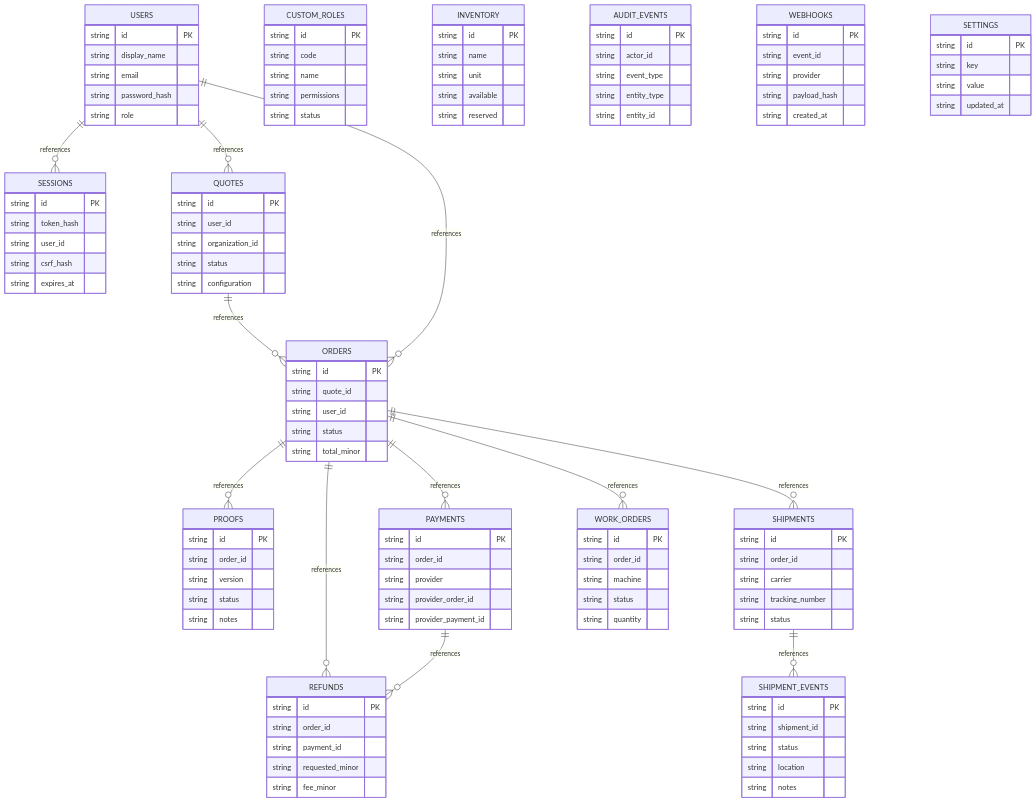
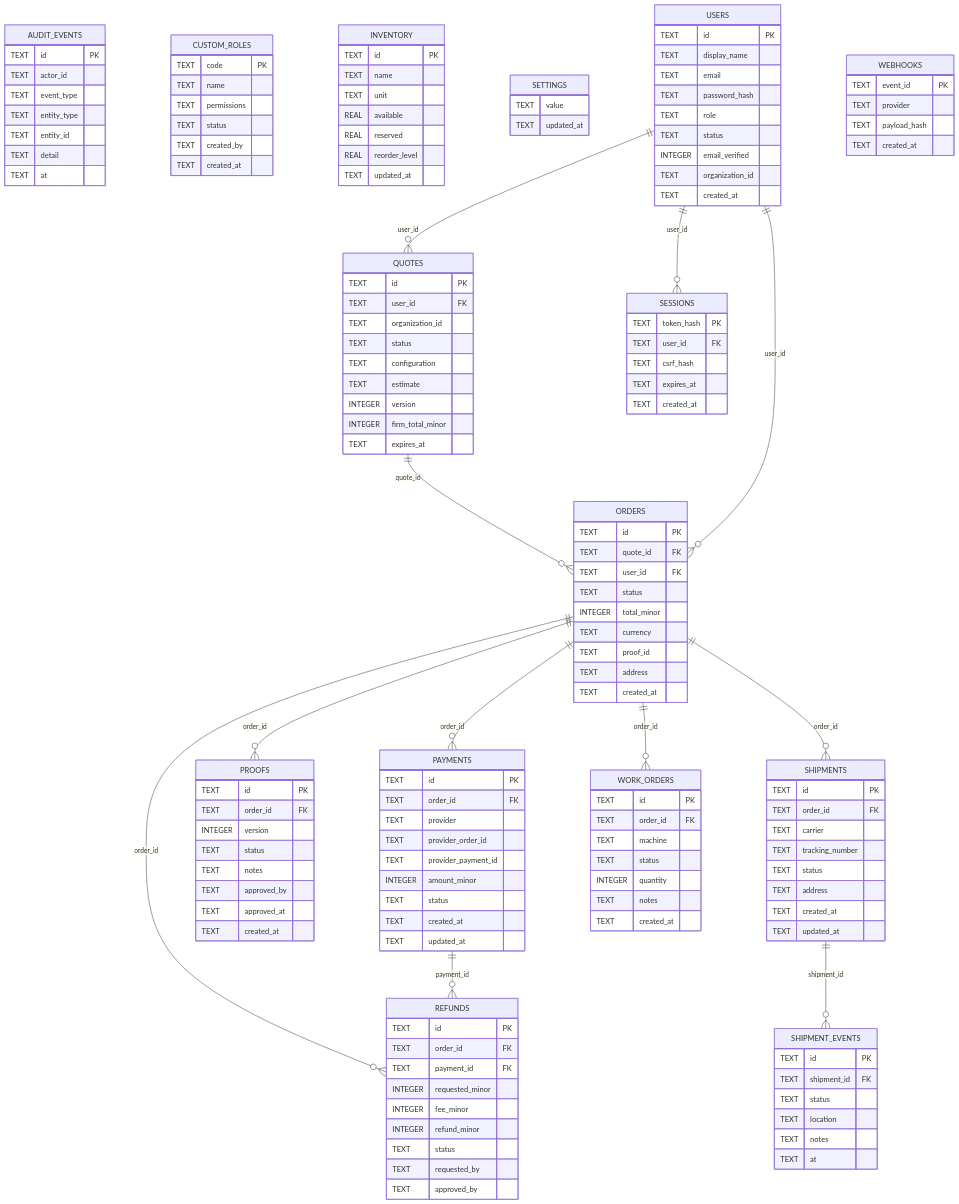
One commit to varadatechworks/design-pro changed the third of 3 diagrams in docs/architecture-kt/README.md. Above: the diagram before and after it, drawn with Mermaid.

Commit message:
docs: derive ER fields and primary/foreign key labels from actual DDL

````diff
--- a/docs/architecture-kt/README.md
+++ b/docs/architecture-kt/README.md
@@ -38,118 +38,149 @@
 ```mermaid
 erDiagram
-    USERS {
-        string id PK
-        string display_name
-        string email
-        string password_hash
-        string role
+    AUDIT_EVENTS {
+        TEXT id PK
+        TEXT actor_id
+        TEXT event_type
+        TEXT entity_type
+        TEXT entity_id
+        TEXT detail
+        TEXT at
     }
     CUSTOM_ROLES {
-        string id PK
-        string code
-        string name
-        string permissions
-        string status
+        TEXT code PK
+        TEXT name
+        TEXT permissions
+        TEXT status
+        TEXT created_by
+        TEXT created_at
+    }
+    INVENTORY {
+        TEXT id PK
+        TEXT name
+        TEXT unit
+        REAL available
+        REAL reserved
+        REAL reorder_level
+        TEXT updated_at
+    }
+    ORDERS {
+        TEXT id PK
+        TEXT quote_id FK
+        TEXT user_id FK
+        TEXT status
+        INTEGER total_minor
+        TEXT currency
+        TEXT proof_id
+        TEXT address
+        TEXT created_at
+    }
+    PAYMENTS {
+        TEXT id PK
+        TEXT order_id FK
+        TEXT provider
+        TEXT provider_order_id
+        TEXT provider_payment_id
+        INTEGER amount_minor
+        TEXT status
+        TEXT created_at
+        TEXT updated_at
+    }
+    PROOFS {
+        TEXT id PK
+        TEXT order_id FK
+        INTEGER version
+        TEXT status
+        TEXT notes
+        TEXT approved_by
+        TEXT approved_at
+        TEXT created_at
+    }
+    QUOTES {
+        TEXT id PK
+        TEXT user_id FK
+        TEXT organization_id
+        TEXT status
+        TEXT configuration
+        TEXT estimate
+        INTEGER version
+        INTEGER firm_total_minor
+        TEXT expires_at
+    }
+    REFUNDS {
+        TEXT id PK
+        TEXT order_id FK
+        TEXT payment_id FK
+        INTEGER requested_minor
+        INTEGER fee_minor
+        INTEGER refund_minor
+        TEXT status
+        TEXT requested_by
+        TEXT approved_by
     }
     SESSIONS {
-        string id PK
-        string token_hash
-        string user_id
-        string csrf_hash
-        string expires_at
+        TEXT token_hash PK
+        TEXT user_id FK
+        TEXT csrf_hash
+        TEXT expires_at
+        TEXT created_at
     }
-    QUOTES {
-        string id PK
-        string user_id
-        string organization_id
-        string status
-        string configuration
+    SETTINGS {
+        TEXT value
+        TEXT updated_at
     }
-    ORDERS {
-        string id PK
-        string quote_id
-        string user_id
-        string status
-        string total_minor
-    }
-    PROOFS {
-        string id PK
-        string order_id
-        string version
-        string status
-        string notes
-    }
-    PAYMENTS {
-        string id PK
-        string order_id
-        string provider
-        string provider_order_id
-        string provider_payment_id
-    }
-    REFUNDS {
-        string id PK
-        string order_id
-        string payment_id
-        string requested_minor
-        string fee_minor
+    SHIPMENT_EVENTS {
+        TEXT id PK
+        TEXT shipment_id FK
+        TEXT status
+        TEXT location
+        TEXT notes
+        TEXT at
     }
     SHIPMENTS {
-        string id PK
-        string order_id
-        string carrier
-        string tracking_number
-        string status
+        TEXT id PK
+        TEXT order_id FK
+        TEXT carrier
+        TEXT tracking_number
+        TEXT status
+        TEXT address
+        TEXT created_at
+        TEXT updated_at
     }
-    SHIPMENT_EVENTS {
-        string id PK
-        string shipment_id
-        string status
-        string location
-        string notes
+    USERS {
+        TEXT id PK
+        TEXT display_name
+        TEXT email
+        TEXT password_hash
+        TEXT role
+        TEXT status
+        INTEGER email_verified
+        TEXT organization_id
+        TEXT created_at
+    }
+    WEBHOOKS {
+        TEXT event_id PK
+        TEXT provider
+        TEXT payload_hash
+        TEXT created_at
     }
     WORK_ORDERS {
-        string id PK
-        string order_id
-        string machine
-        string status
-        string quantity
+        TEXT id PK
+        TEXT order_id FK
+        TEXT machine
+        TEXT status
+        INTEGER quantity
+        TEXT notes
+        TEXT created_at
     }
-    INVENTORY {
-        string id PK
-        string name
-        string unit
-        string available
-        string reserved
-    }
-    AUDIT_EVENTS {
-        string id PK
-        string actor_id
-        string event_type
-        string entity_type
-        string entity_id
-    }
-    WEBHOOKS {
-        string id PK
-        string event_id
-        string provider
-        string payload_hash
-        string created_at
-    }
-    SETTINGS {
-        string id PK
-        string key
-        string value
-        string updated_at
-    }
-    USERS ||--o{ SESSIONS : references
-    USERS ||--o{ QUOTES : references
-    QUOTES ||--o{ ORDERS : references
-    USERS ||--o{ ORDERS : references
-    ORDERS ||--o{ PROOFS : references
-    ORDERS ||--o{ PAYMENTS : references
-    ORDERS ||--o{ REFUNDS : references
-    PAYMENTS ||--o{ REFUNDS : references
-    ORDERS ||--o{ SHIPMENTS : references
-    SHIPMENTS ||--o{ SHIPMENT_EVENTS : references
-    ORDERS ||--o{ WORK_ORDERS : references
+    USERS ||--o{ SESSIONS : user_id
+    USERS ||--o{ QUOTES : user_id
+    QUOTES ||--o{ ORDERS : quote_id
+    USERS ||--o{ ORDERS : user_id
+    ORDERS ||--o{ PROOFS : order_id
+    ORDERS ||--o{ PAYMENTS : order_id
+    ORDERS ||--o{ REFUNDS : order_id
+    PAYMENTS ||--o{ REFUNDS : payment_id
+    ORDERS ||--o{ SHIPMENTS : order_id
+    SHIPMENTS ||--o{ SHIPMENT_EVENTS : shipment_id
+    ORDERS ||--o{ WORK_ORDERS : order_id
 ```
````
